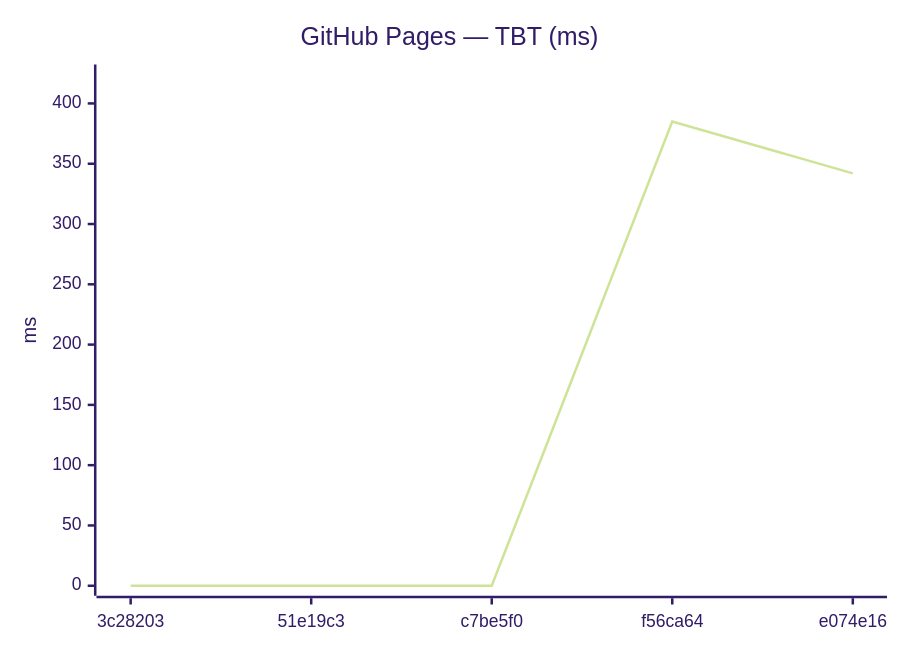
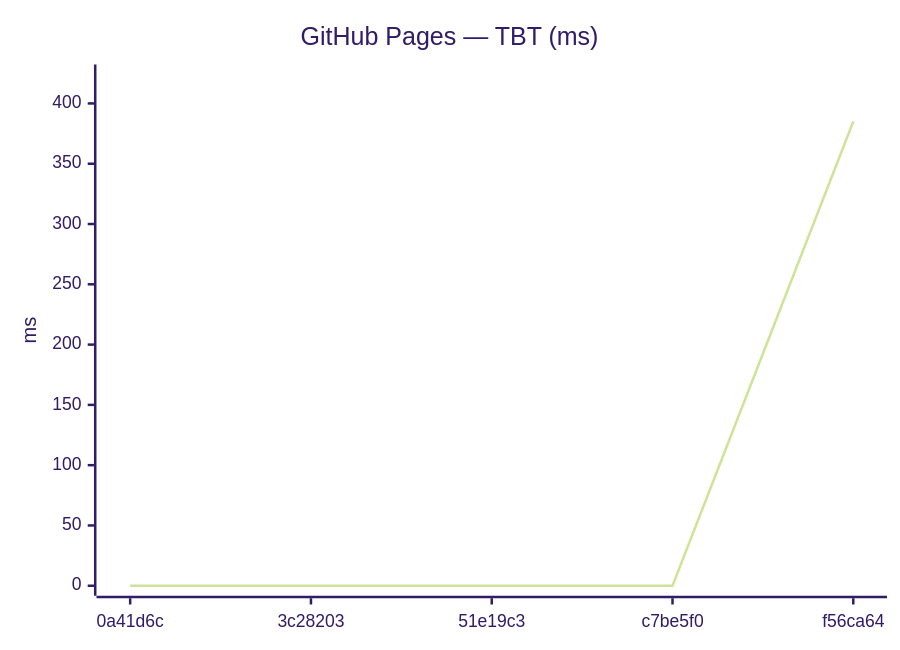
One commit to Metaheurist/Rianell changed the tenth of 18 diagrams in benchmarks/compare.md. Above: the diagram before and after it, drawn with Mermaid (forest theme). The commit also changed other lines of this file and 11 other files, not shown here.

````diff
--- a/benchmarks/compare.md
+++ b/benchmarks/compare.md
@@ -149,7 +149,7 @@
 ```mermaid
 xychart-beta
     title "GitHub Pages — TBT (ms)"
-    x-axis ["3c28203", "51e19c3", "c7be5f0", "f56ca64", "e074e16"]
+    x-axis ["0a41d6c", "3c28203", "51e19c3", "c7be5f0", "f56ca64"]
     y-axis "ms" 0 --> 424
-    line [0, 0, 0, 385, 342]
+    line [0, 0, 0, 0, 385]
 ```
````
